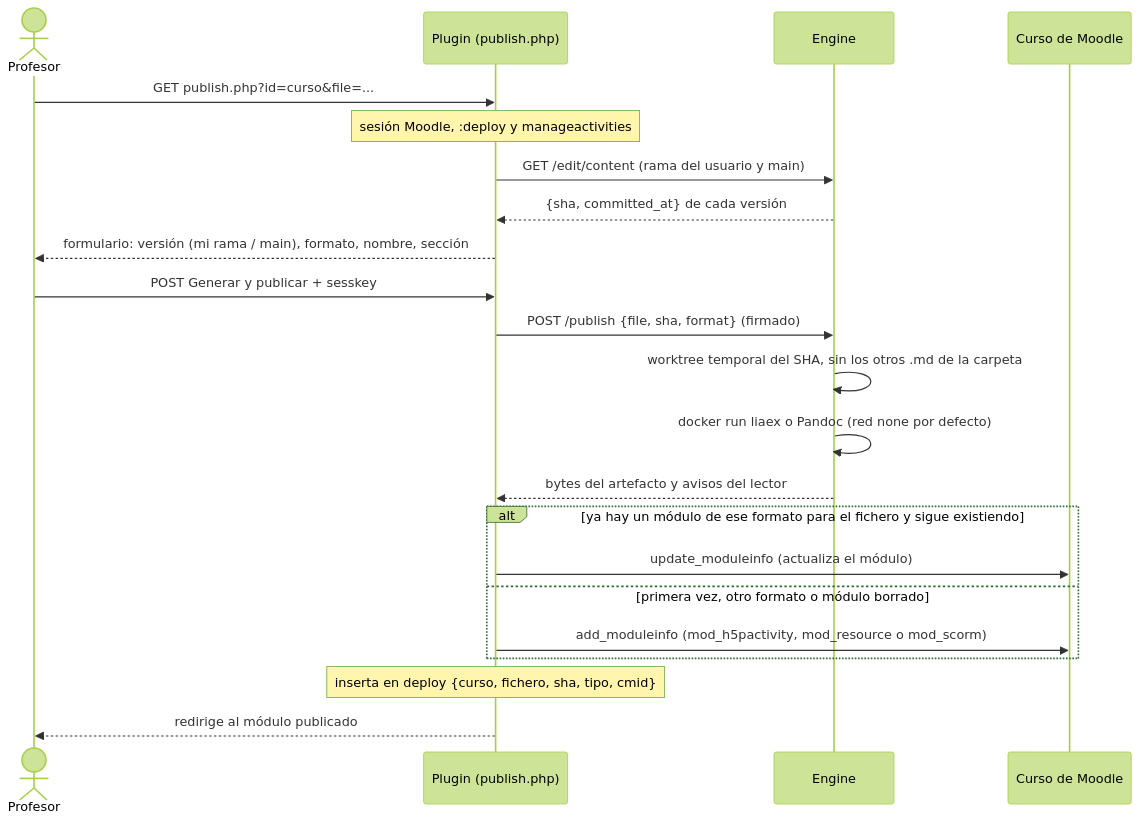
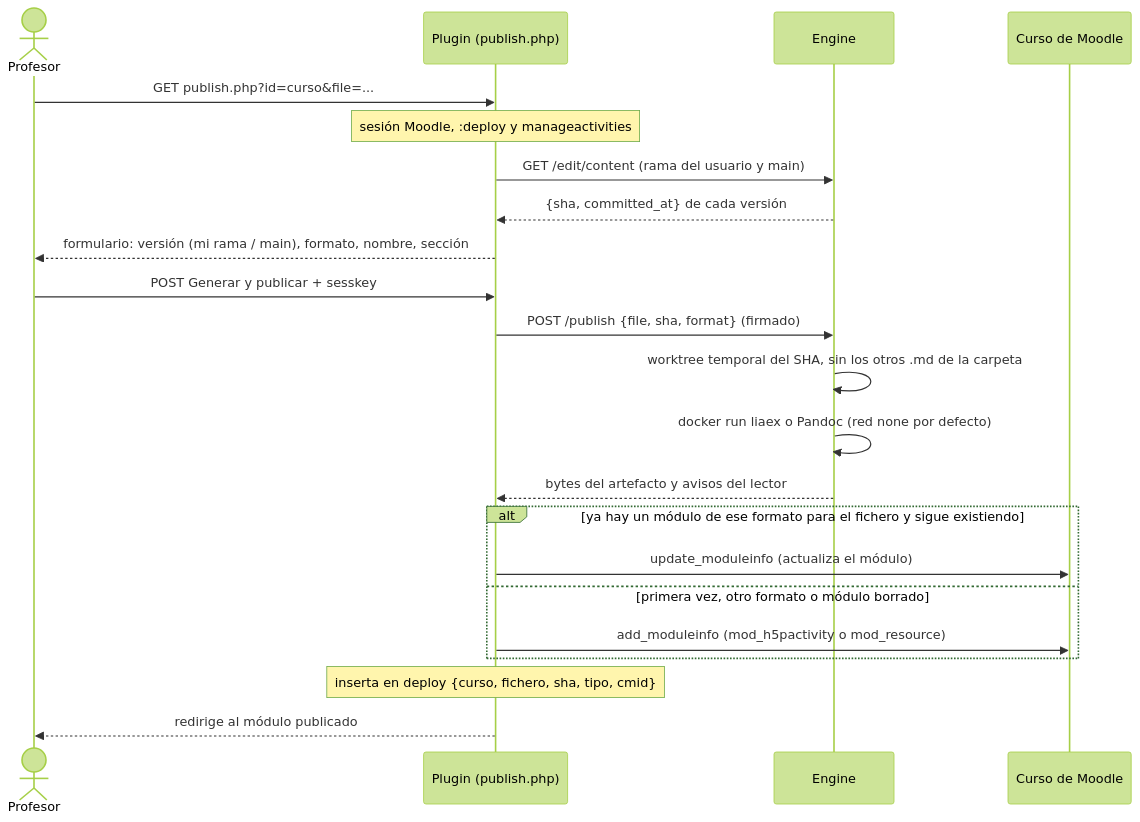
The seventh of 7 diagrams in docs/Flujos de datos — plugin, engine y editor.md (darioaxel/moodle-liaeditor-git), drawn with Mermaid (forest theme) before and after one commit. The commit also changed other lines of this file and 14 other files, not shown here.

````diff
--- a/docs/Flujos de datos — plugin, engine y editor.md
+++ b/docs/Flujos de datos — plugin, engine y editor.md
@@ -258,25 +258,25 @@
 ```mermaid
 sequenceDiagram
     actor P as Profesor
     participant M as Plugin (publish.php)
     participant E as Engine
     participant C as Curso de Moodle
 
     P->>M: GET publish.php?id=curso&file=...
     Note over M: sesión Moodle, :deploy y manageactivities
     M->>E: GET /edit/content (rama del usuario y main)
     E-->>M: {sha, committed_at} de cada versión
     M-->>P: formulario: versión (mi rama / main), formato, nombre, sección
     P->>M: POST Generar y publicar + sesskey
     M->>E: POST /publish {file, sha, format} (firmado)
     E->>E: worktree temporal del SHA, sin los otros .md de la carpeta
     E->>E: docker run liaex o Pandoc (red none por defecto)
     E-->>M: bytes del artefacto y avisos del lector
     alt ya hay un módulo de ese formato para el fichero y sigue existiendo
         M->>C: update_moduleinfo (actualiza el módulo)
     else primera vez, otro formato o módulo borrado
-        M->>C: add_moduleinfo (mod_h5pactivity, mod_resource o mod_scorm)
+        M->>C: add_moduleinfo (mod_h5pactivity o mod_resource)
     end
     Note over M: inserta en deploy {curso, fichero, sha, tipo, cmid}
     M-->>P: redirige al módulo publicado
 ```
````
